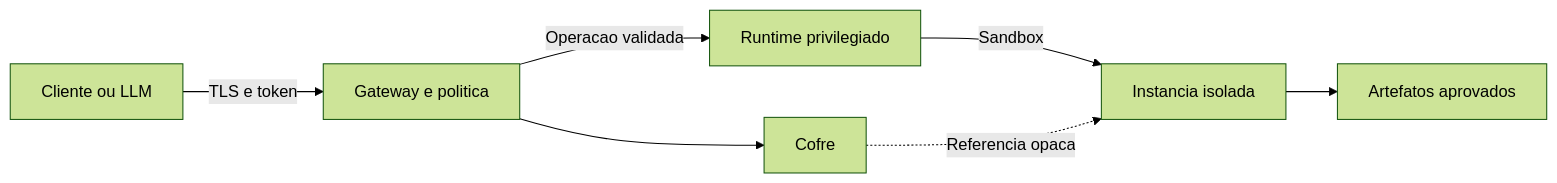
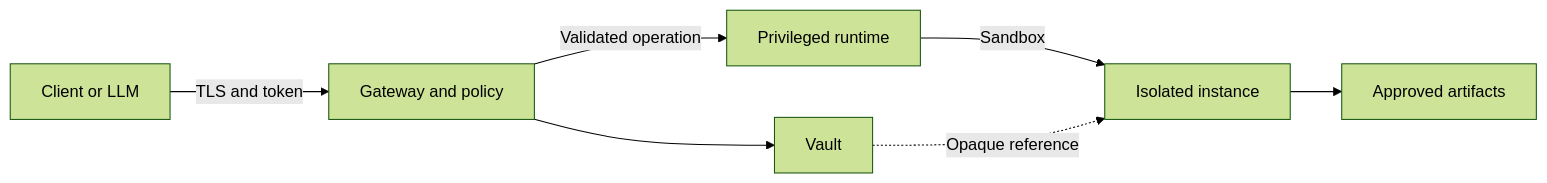
The fifth of 6 diagrams in README.md (zarigata/double-agent), drawn with Mermaid (forest theme) before and after one commit. The commit also changed other lines of this file and 29 other files, not shown here.

````diff
--- a/README.md
+++ b/README.md
@@ -321,9 +237,9 @@
 ```mermaid
 flowchart LR
-    U["Cliente ou LLM"] -->|"TLS e token"| P["Gateway e politica"]
-    P -->|"Operacao validada"| R["Runtime privilegiado"]
-    R -->|"Sandbox"| I["Instancia isolada"]
-    P --> V[Cofre]
-    V -.->|"Referencia opaca"| I
-    I --> A["Artefatos aprovados"]
+    U[Client or LLM] -->|TLS and token| P[Gateway and policy]
+    P -->|Validated operation| R[Privileged runtime]
+    R -->|Sandbox| I[Isolated instance]
+    P --> V[Vault]
+    V -.->|Opaque reference| I
+    I --> A[Approved artifacts]
 ```
````
